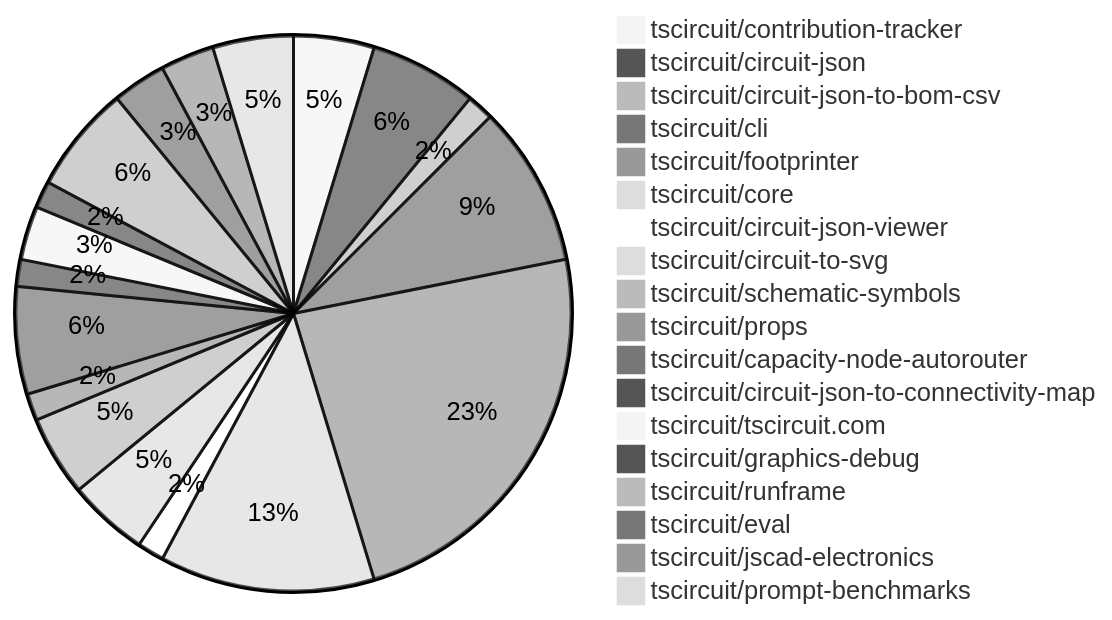
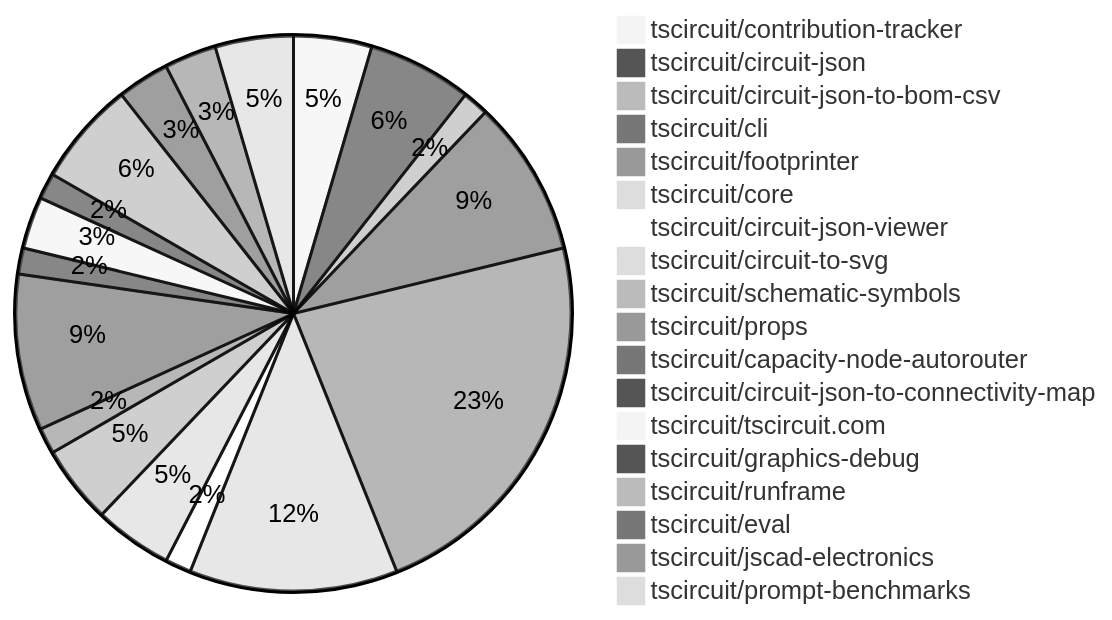
One commit to tscircuit/contribution-tracker changed the diagram in README.md. Above: the diagram before and after it, drawn with Mermaid (neutral theme). The commit also changed other lines of this file and 2 other files, not shown here.

````diff
--- a/README.md
+++ b/README.md
@@ -24,21 +24,21 @@
 ```mermaid
 pie
     "tscircuit/contribution-tracker" : 3
     "tscircuit/circuit-json" : 4
     "tscircuit/circuit-json-to-bom-csv" : 1
     "tscircuit/cli" : 6
     "tscircuit/footprinter" : 15
     "tscircuit/core" : 8
     "tscircuit/circuit-json-viewer" : 1
     "tscircuit/circuit-to-svg" : 3
     "tscircuit/schematic-symbols" : 3
     "tscircuit/props" : 1
-    "tscircuit/capacity-node-autorouter" : 4
+    "tscircuit/capacity-node-autorouter" : 6
     "tscircuit/circuit-json-to-connectivity-map" : 1
     "tscircuit/tscircuit.com" : 2
     "tscircuit/graphics-debug" : 1
     "tscircuit/runframe" : 4
     "tscircuit/eval" : 2
     "tscircuit/jscad-electronics" : 2
     "tscircuit/prompt-benchmarks" : 3
 ```
````
